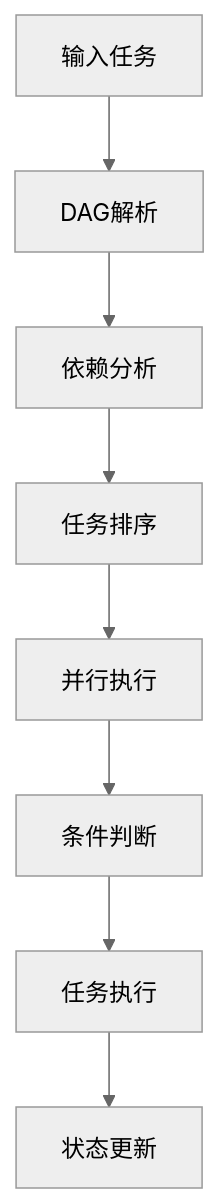
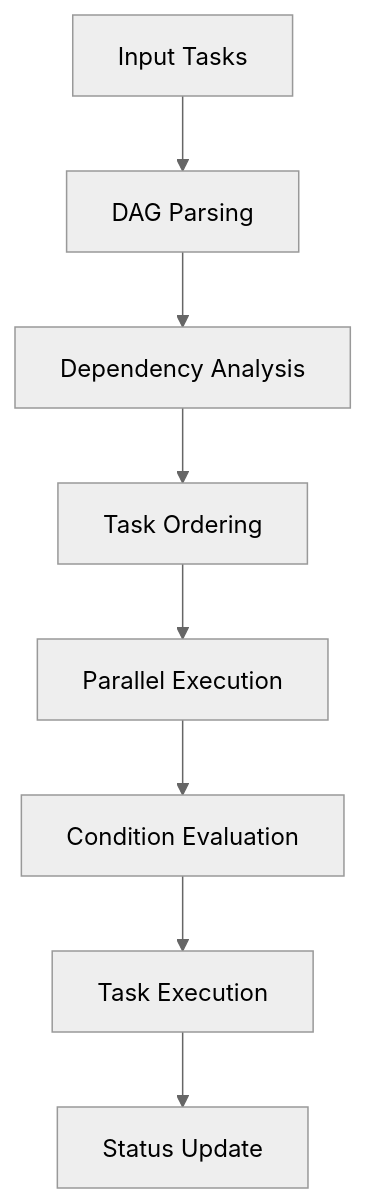
The diagram in README.md (FormAgent/agent-workflow), drawn with Mermaid (neutral theme) before and after one commit. The commit also changed other lines of this file and 2 other files, not shown here.

````diff
--- a/README.md
+++ b/README.md
@@ -117,10 +120,10 @@
 ```mermaid
 graph TD
-    A[输入任务] --> B[DAG解析]
-    B --> C[依赖分析]
-    C --> D[任务排序]
-    D --> E[并行执行]
-    E --> F[条件判断]
-    F --> G[任务执行]
-    G --> H[状态更新]
+    A[Input Tasks] --> B[DAG Parsing]
+    B --> C[Dependency Analysis]
+    C --> D[Task Ordering]
+    D --> E[Parallel Execution]
+    E --> F[Condition Evaluation]
+    F --> G[Task Execution]
+    G --> H[Status Update]
 ```
````
